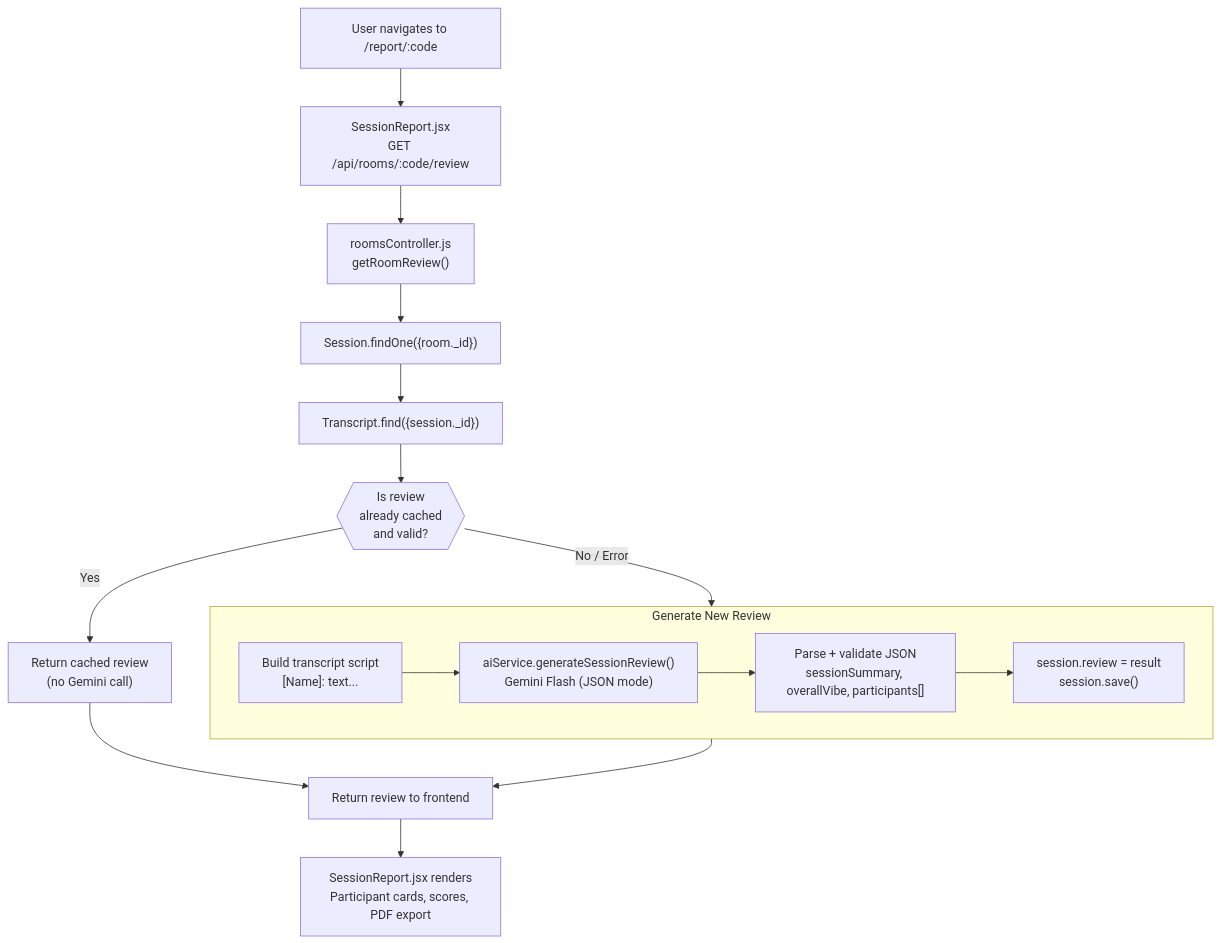
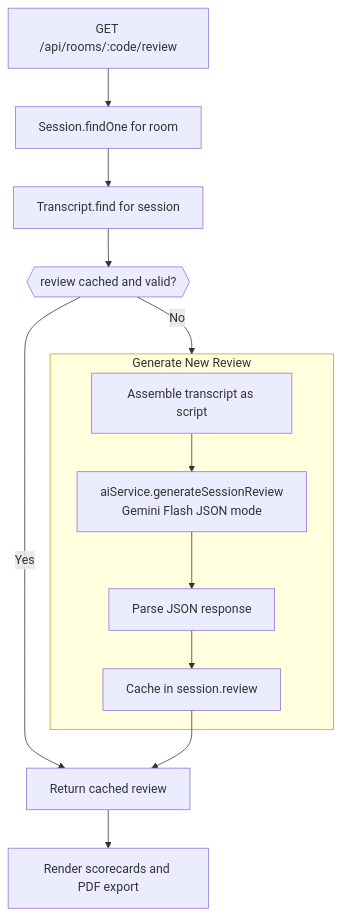
Diagram 11 of 14 in SpeakSpace_Project_Documentation.md (JahnviAghera/sp), drawn with Mermaid before and after one commit. The commit also changed other lines of this file, not shown here.

Commit message:
docs: overhaul project documentation with improved architecture descriptions, structural refinements, and updated technical diagrams

````diff
--- a/SpeakSpace_Project_Documentation.md
+++ b/SpeakSpace_Project_Documentation.md
@@ -443,25 +479,20 @@
 ```mermaid
 flowchart TD
-    UserLeaves["User navigates to /report/:code"]
-    --> FrontendFetch["SessionReport.jsx\nGET /api/rooms/:code/review"]
-    --> RoomsCtrl["roomsController.js\ngetRoomReview()"]
-    --> FindSession["Session.findOne({room._id})"]
-    --> FindTranscripts["Transcript.find({session._id})"]
+    Request["GET /api/rooms/:code/review"]
+    --> FindSession["Session.findOne for room"]
+    --> FindTranscripts["Transcript.find for session"]
+    --> CheckCache{{"review cached and valid?"}}
 
-    FindTranscripts --> CheckCache{{"Is review\nalready cached\nand valid?"}}
+    CheckCache -->|"Yes"| Return["Return cached review"]
+    CheckCache -->|"No"| Generate
 
-    CheckCache -->|"Yes"| ReturnCache["Return cached review\n(no Gemini call)"]
-    CheckCache -->|"No / Error"| CallGemini
-
-    subgraph CallGemini["Generate New Review"]
-        direction LR
-        BuildScript["Build transcript script\n[Name]: text..."]
-        --> GeminiCall["aiService.generateSessionReview()\nGemini Flash (JSON mode)"]
-        --> ParseJSON["Parse + validate JSON\nsessionSummary, overallVibe, participants[]"]
-        --> StoreInDB["session.review = result\nsession.save()"]
+    subgraph Generate["Generate New Review"]
+        Build["Assemble transcript as script"]
+        --> Call["aiService.generateSessionReview\nGemini Flash JSON mode"]
+        --> Parse["Parse JSON response"]
+        --> Save["Cache in session.review"]
     end
 
-    StoreInDB --> ReturnReview["Return review to frontend"]
-    ReturnCache --> ReturnReview
-    ReturnReview --> RenderReport["SessionReport.jsx renders\nParticipant cards, scores, PDF export"]
+    Save --> Return
+    Return --> Frontend["Render scorecards and PDF export"]
 ```
````
